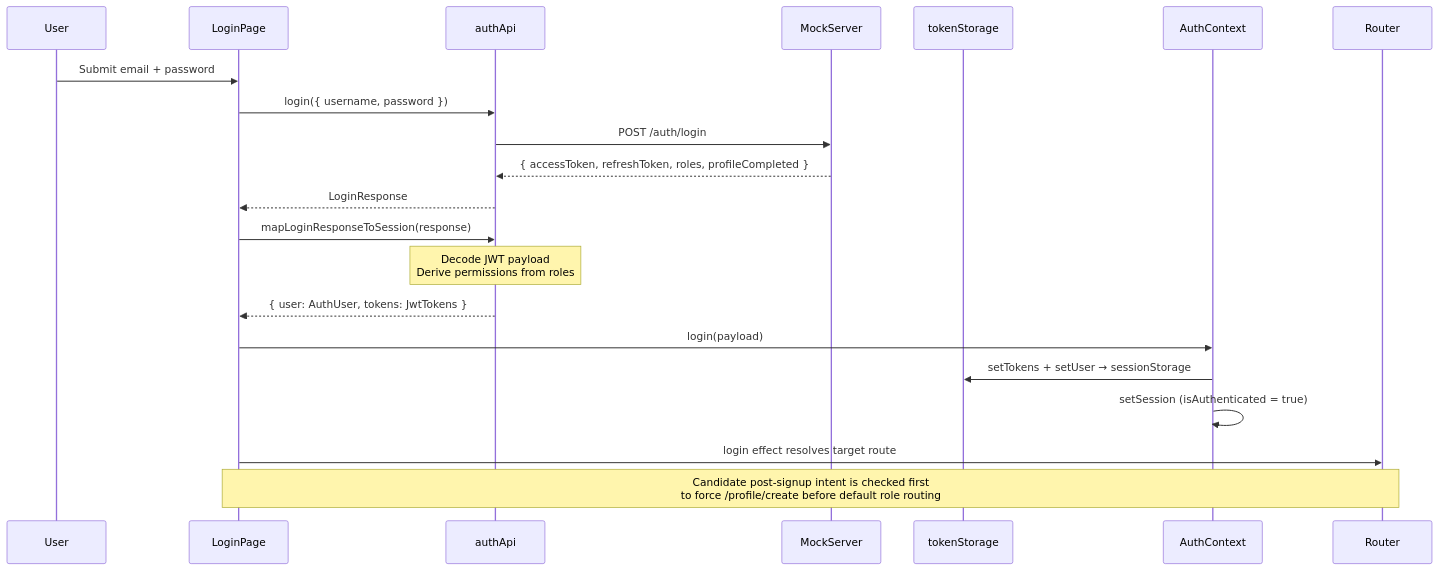
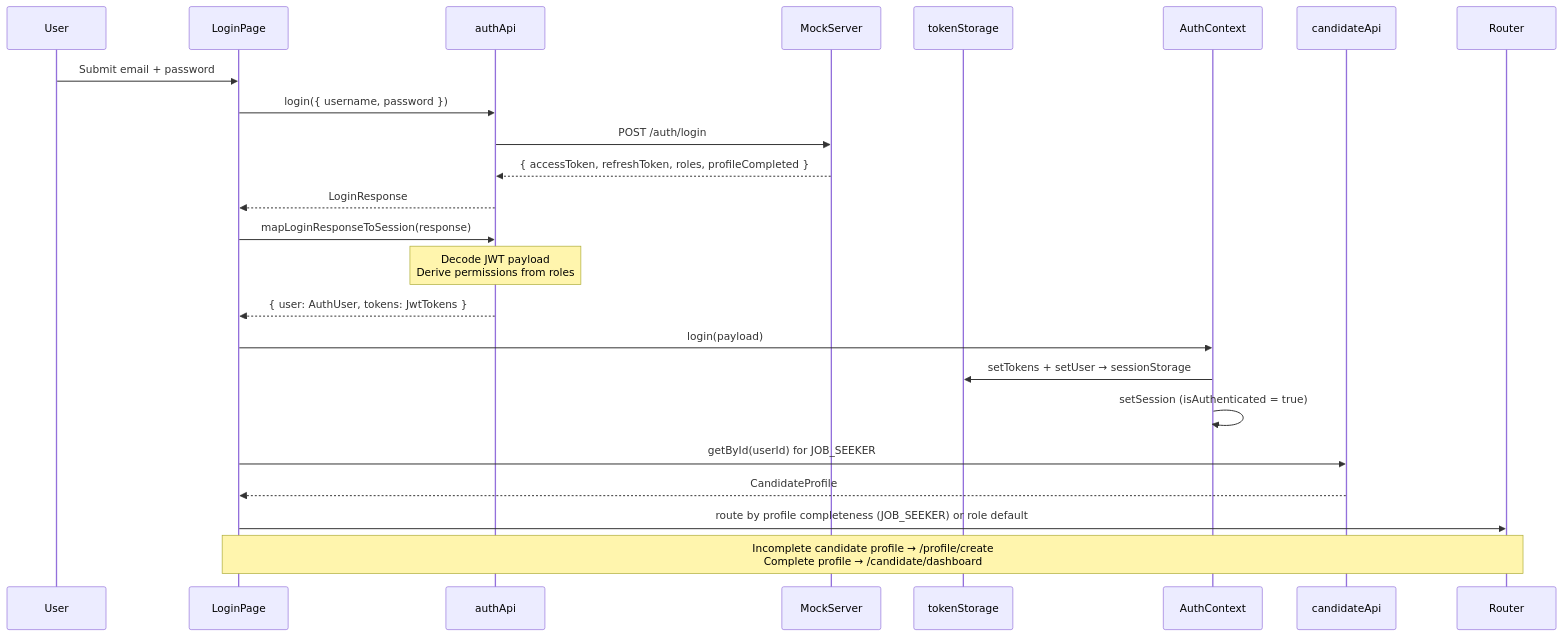
The fourth of 11 diagrams in ARCHITECTURE.md (PiyalChatterjee/skills-mine-frontend), drawn with Mermaid before and after one commit. The commit also changed other lines of this file and 15 other files, not shown here.

Commit message:
feat: update candidate onboarding flow to route based on profile completeness and remove deprecated localStorage usage

````diff
--- a/ARCHITECTURE.md
+++ b/ARCHITECTURE.md
@@ -179,23 +179,25 @@
 ```mermaid
 sequenceDiagram
     participant User
     participant LoginPage
     participant authApi
     participant MockServer
     participant tokenStorage
     participant AuthContext
 
     User->>LoginPage: Submit email + password
     LoginPage->>authApi: login({ username, password })
     authApi->>MockServer: POST /auth/login
     MockServer-->>authApi: { accessToken, refreshToken, roles, profileCompleted }
     authApi-->>LoginPage: LoginResponse
     LoginPage->>authApi: mapLoginResponseToSession(response)
     Note over authApi: Decode JWT payload<br/>Derive permissions from roles
     authApi-->>LoginPage: { user: AuthUser, tokens: JwtTokens }
     LoginPage->>AuthContext: login(payload)
     AuthContext->>tokenStorage: setTokens + setUser → sessionStorage
     AuthContext->>AuthContext: setSession (isAuthenticated = true)
-    LoginPage->>Router: login effect resolves target route
-    Note over LoginPage,Router: Candidate post-signup intent is checked first<br/>to force /profile/create before default role routing
+    LoginPage->>candidateApi: getById(userId) for JOB_SEEKER
+    candidateApi-->>LoginPage: CandidateProfile
+    LoginPage->>Router: route by profile completeness (JOB_SEEKER) or role default
+    Note over LoginPage,Router: Incomplete candidate profile → /profile/create<br/>Complete profile → /candidate/dashboard
 ```
````
